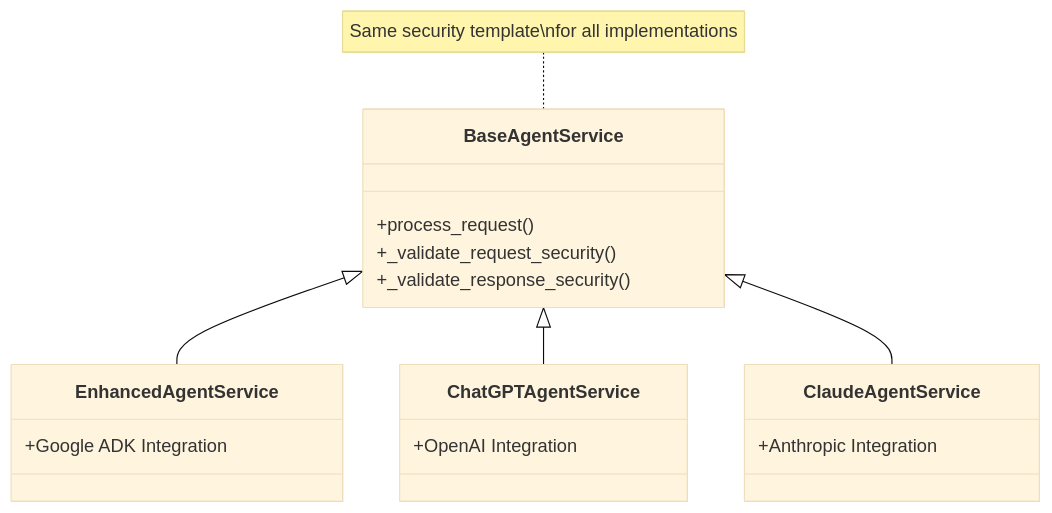
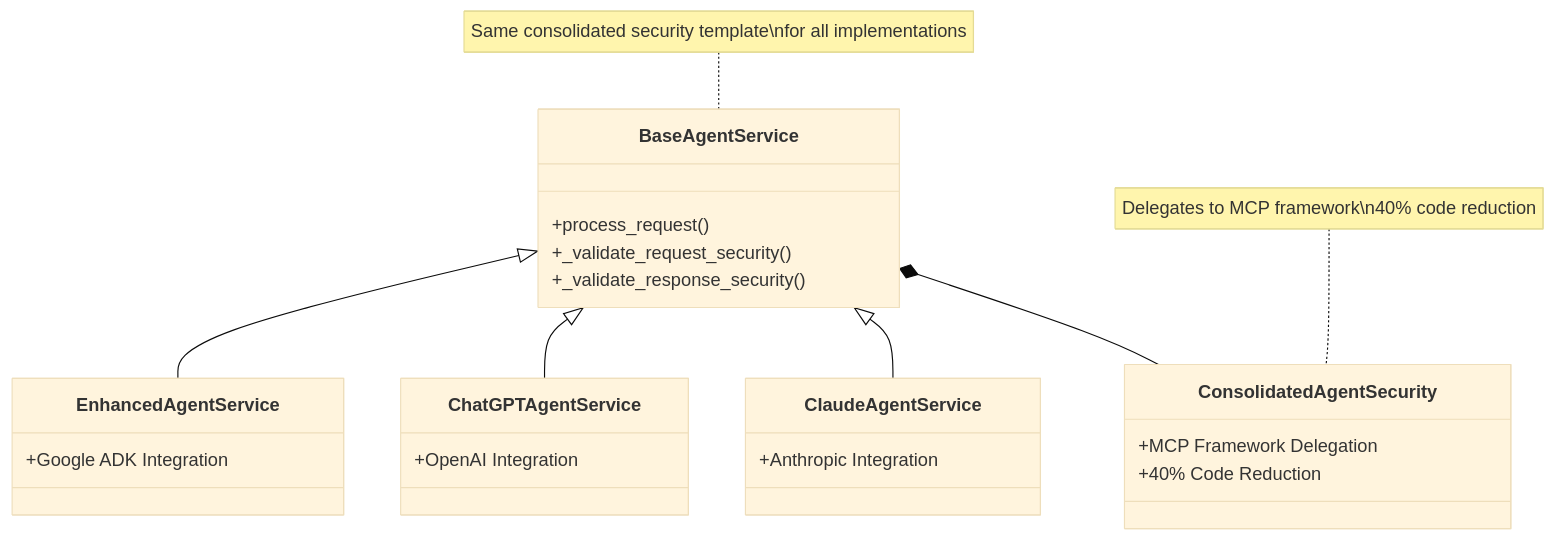
The sixth of 7 diagrams in ADK MCP/MCP_SEQUENCE_DIAGRAM.md (rnerurkar/mcp-implementation), drawn with Mermaid (base theme) before and after one commit. The commit also changed other lines of this file and 39 other files, not shown here.

````diff
--- a/ADK MCP/MCP_SEQUENCE_DIAGRAM.md
+++ b/ADK MCP/MCP_SEQUENCE_DIAGRAM.md
@@ -264,26 +312,33 @@
 ```mermaid
 classDiagram
     class BaseAgentService {
         +process_request()
         +_validate_request_security()
         +_validate_response_security()
     }
     
     class EnhancedAgentService {
         +Google ADK Integration
     }
     
     class ChatGPTAgentService {
         +OpenAI Integration
     }
     
     class ClaudeAgentService {
         +Anthropic Integration
     }
     
+    class ConsolidatedAgentSecurity {
+        +MCP Framework Delegation
+        +40% Code Reduction
+    }
+    
     BaseAgentService <|-- EnhancedAgentService
     BaseAgentService <|-- ChatGPTAgentService
     BaseAgentService <|-- ClaudeAgentService
+    BaseAgentService *-- ConsolidatedAgentSecurity
     
-    note for BaseAgentService "Same security template\nfor all implementations"
+    note for BaseAgentService "Same consolidated security template\nfor all implementations"
+    note for ConsolidatedAgentSecurity "Delegates to MCP framework\n40% code reduction"
 ```
````
